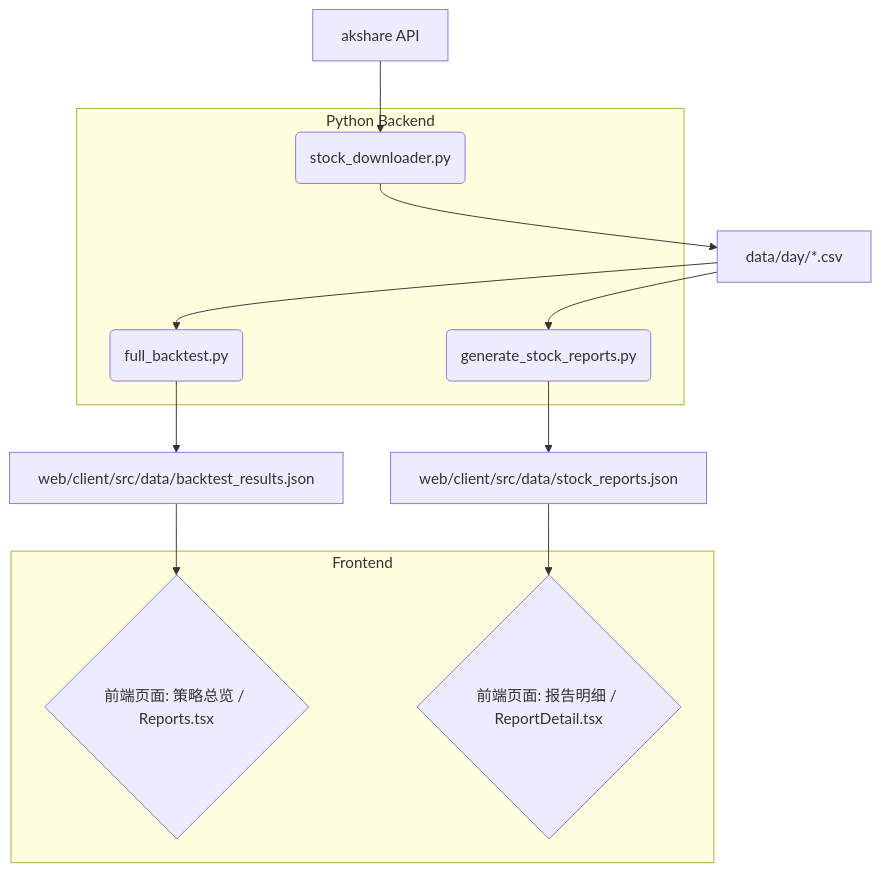
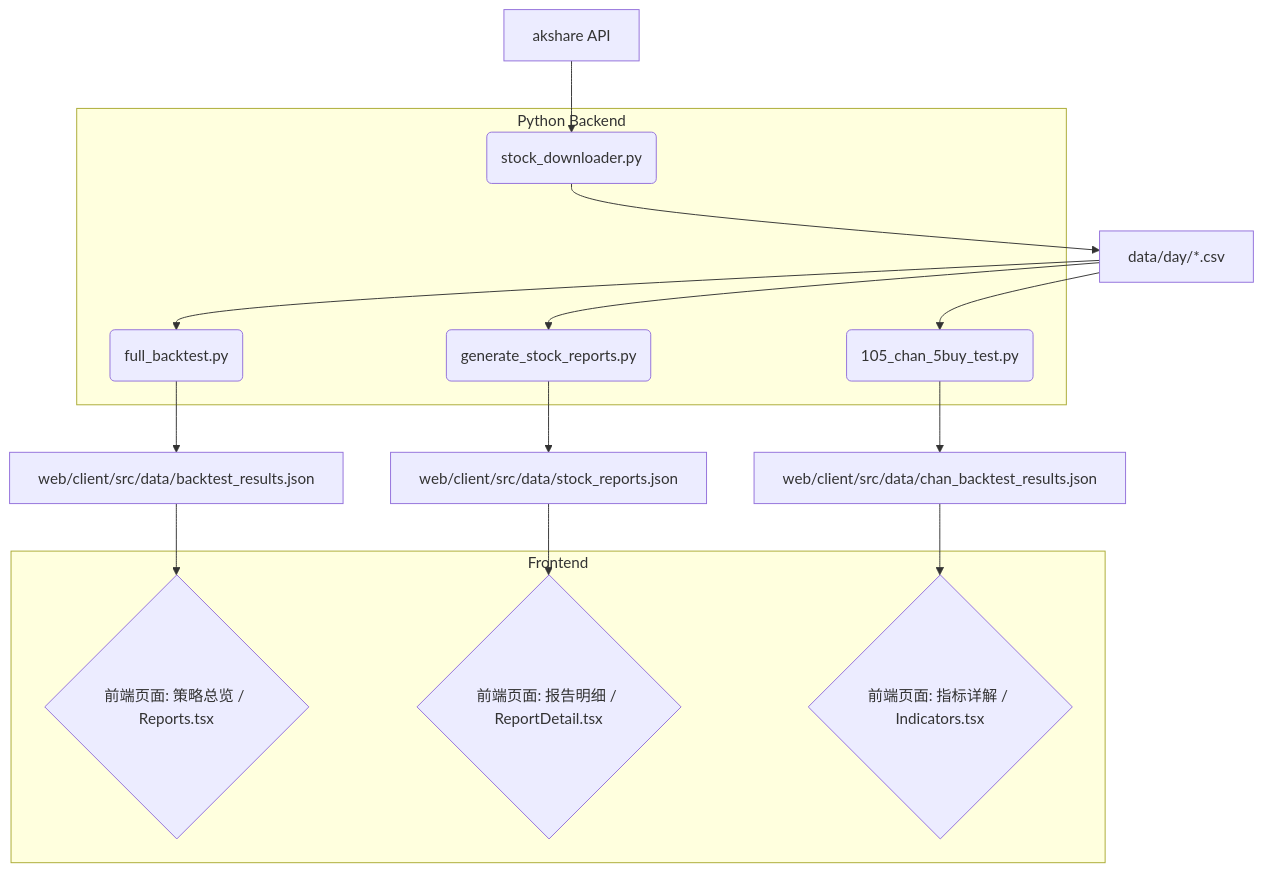
One commit to zdsy-aa/tdx-strategy-backtest changed the diagram in 回测系统详细开发说明.md. Above: the diagram before and after it, drawn with Mermaid. The commit also changed other lines of this file and 7 other files, not shown here.

````diff
--- a/回测系统详细开发说明.md
+++ b/回测系统详细开发说明.md
@@ -24,20 +24,25 @@
 ```mermaid
 graph TD
     A[akshare API] --> B(stock_downloader.py)
     B --> C[data/day/*.csv]
     C --> D(full_backtest.py)
     C --> E(generate_stock_reports.py)
-    D --> F[web/client/src/data/backtest_results.json]
-    E --> G[web/client/src/data/stock_reports.json]
-    F --> H{前端页面: 策略总览 / Reports.tsx}
-    G --> I{前端页面: 报告明细 / ReportDetail.tsx}
+    C --> F(105_chan_5buy_test.py)
+    D --> G[web/client/src/data/backtest_results.json]
+    E --> H[web/client/src/data/stock_reports.json]
+    F --> I[web/client/src/data/chan_backtest_results.json]
+    G --> J{前端页面: 策略总览 / Reports.tsx}
+    H --> K{前端页面: 报告明细 / ReportDetail.tsx}
+    I --> L{前端页面: 指标详解 / Indicators.tsx}
     subgraph Python Backend
         B
         D
         E
+        F
     end
     subgraph Frontend
-        H
-        I
+        J
+        K
+        L
     end
 ```
````
